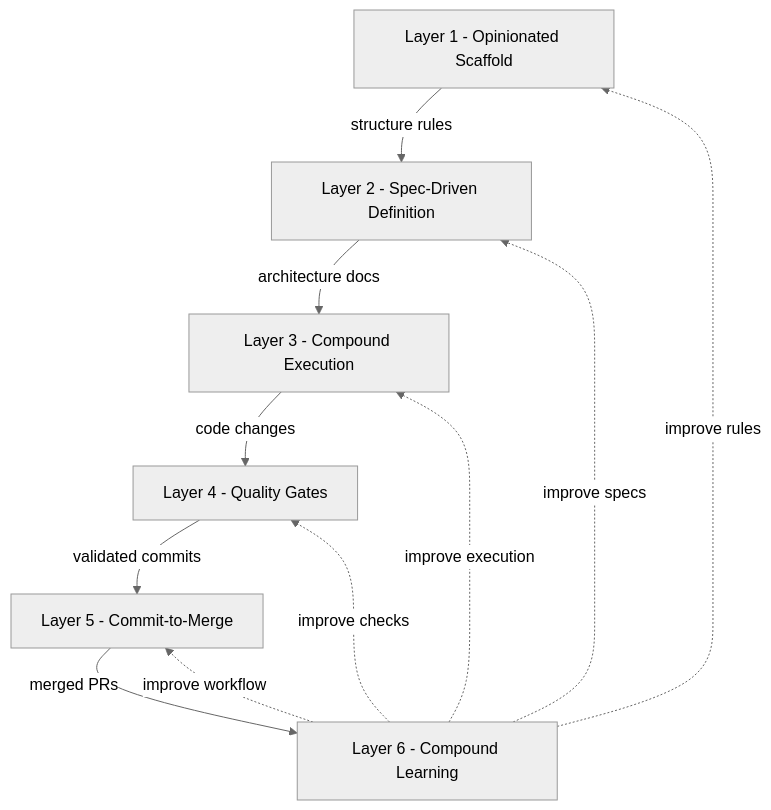
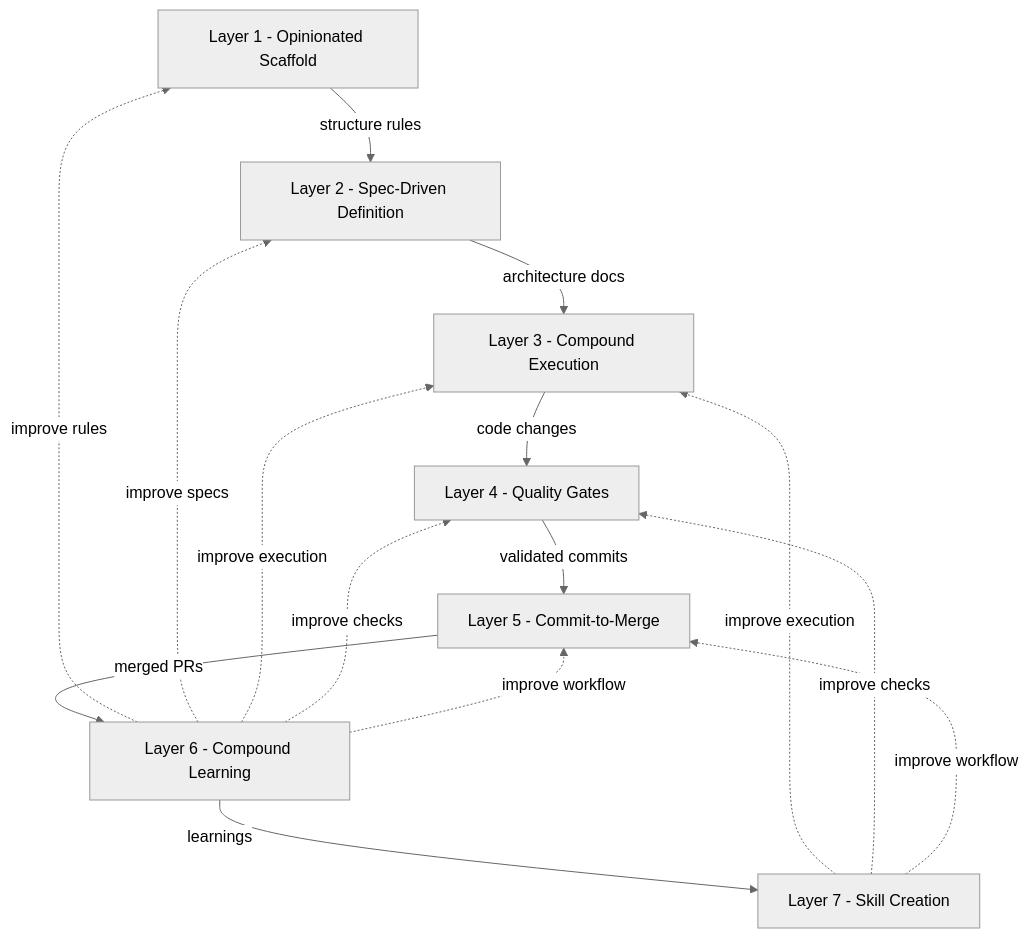
One commit to builtform/launchpad changed the first of 8 diagrams in docs/guides/HOW_IT_WORKS.md. Above: the diagram before and after it, drawn with Mermaid (neutral theme). The commit also changed other lines of this file and 22 other files, not shown here.

````diff
--- a/docs/guides/HOW_IT_WORKS.md
+++ b/docs/guides/HOW_IT_WORKS.md
@@ -5,20 +5,25 @@
 ```mermaid
 flowchart TD
     L1["Layer 1 - Opinionated Scaffold"]
     L2["Layer 2 - Spec-Driven Definition"]
     L3["Layer 3 - Compound Execution"]
     L4["Layer 4 - Quality Gates"]
     L5["Layer 5 - Commit-to-Merge"]
     L6["Layer 6 - Compound Learning"]
+    L7["Layer 7 - Skill Creation"]
 
     L1 -->|"structure rules"| L2
     L2 -->|"architecture docs"| L3
     L3 -->|"code changes"| L4
     L4 -->|"validated commits"| L5
     L5 -->|"merged PRs"| L6
     L6 -.->|"improve rules"| L1
     L6 -.->|"improve specs"| L2
     L6 -.->|"improve execution"| L3
     L6 -.->|"improve checks"| L4
     L6 -.->|"improve workflow"| L5
+    L6 -->|"learnings"| L7
+    L7 -.->|"improve execution"| L3
+    L7 -.->|"improve checks"| L4
+    L7 -.->|"improve workflow"| L5
 ```
````
